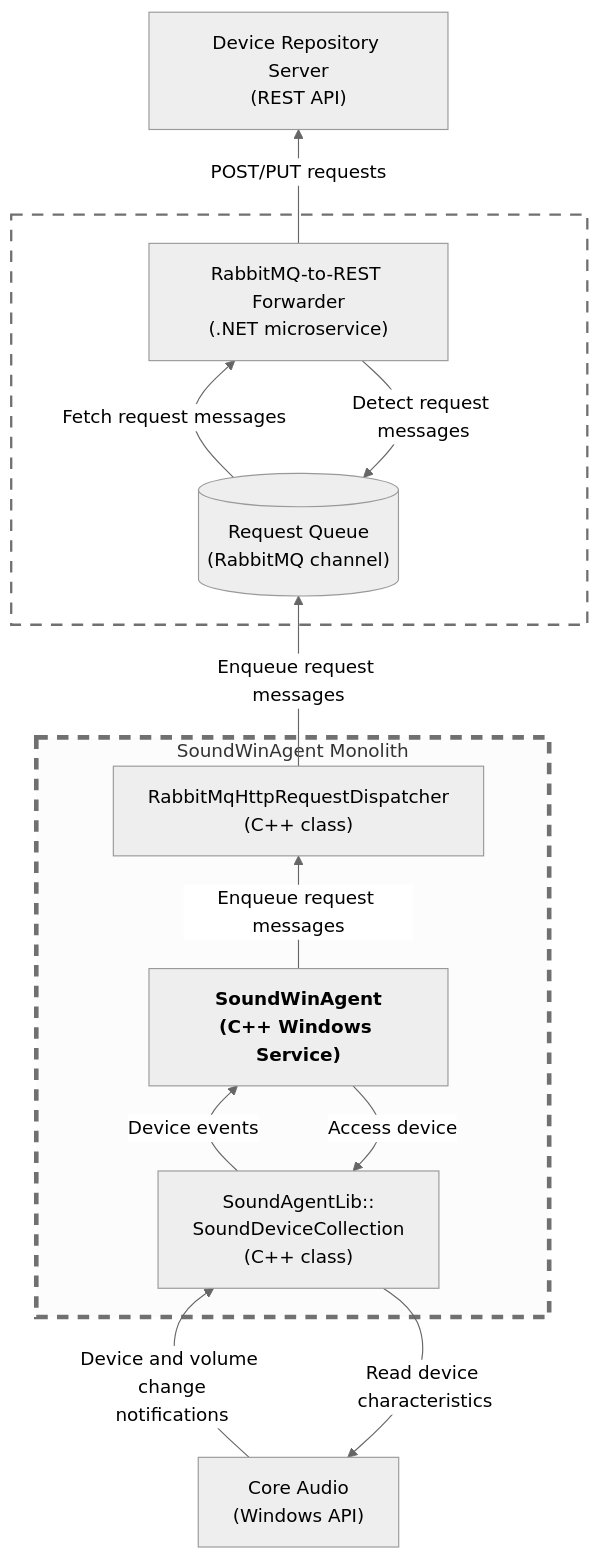
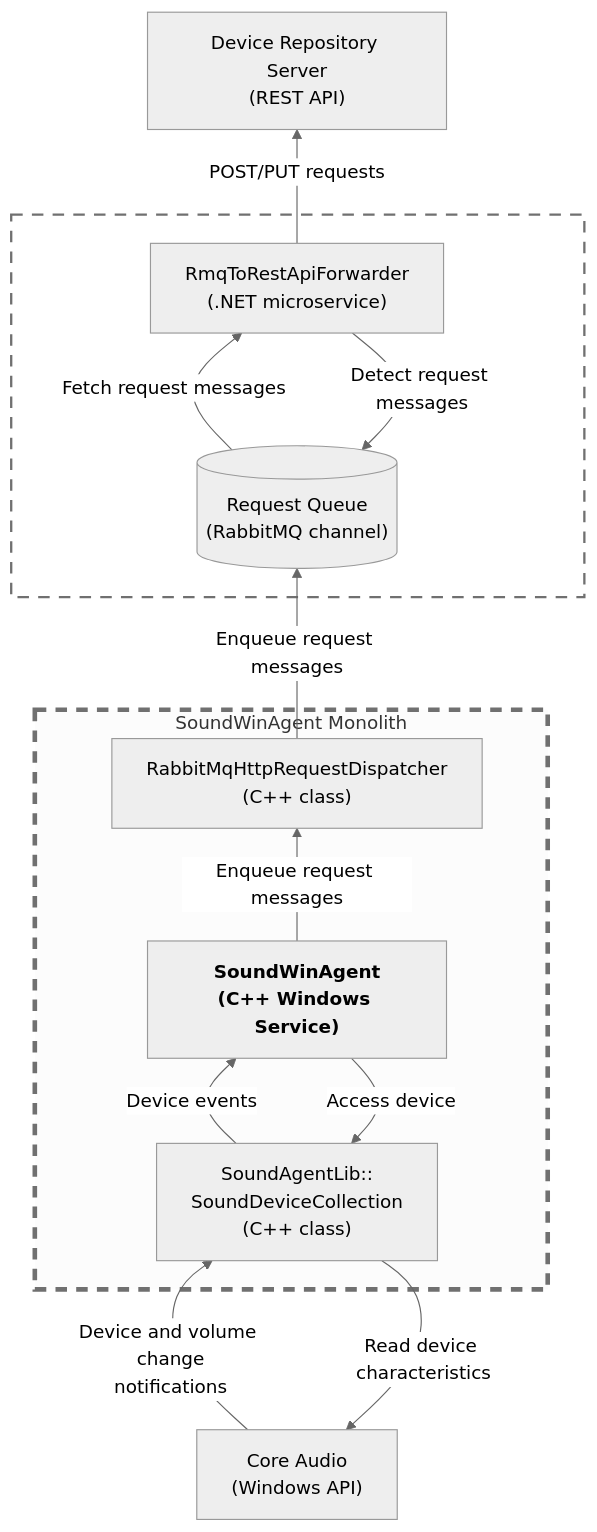
The diagram in docs/module-interaction02-pred01.mmd (collect-sound-devices/win-sound-scanner-go), drawn with Mermaid (neutral theme) before and after one commit.

Commit message:
Rename RabbitMQ-to-REST Forwarder to RmqToRestApiForwarder

```diff
--- a/docs/module-interaction02-pred01.mmd
+++ b/docs/module-interaction02-pred01.mmd
@@ -1,37 +1,37 @@
 flowchart BT
 
 classDef dottedBox fill:transparent, fill-opacity:0.55, stroke-dasharray:10 8, stroke-width:2px;
 classDef stressedBox fill:#f0f0f0, fill-opacity:0.2, stroke-dasharray:10 8, stroke-width:4px;
 
 coreAudioApi["Core Audio<br>(Windows API)"]
 
 subgraph soundWinAgentModule["SoundWinAgent Monolith"]
     soundDeviceCollection["SoundAgentLib::<br>SoundDeviceCollection<br>(C++ class)"]
     soundWinAgentService["<b>SoundWinAgent<br>(C++ Windows Service)</b>"]
     rabbitMqHttpRequestDispatcher["RabbitMqHttpRequestDispatcher<br>(C++ class)"]
 
     soundWinAgentService --> |Access device| soundDeviceCollection
     soundDeviceCollection --> |Device events| soundWinAgentService
 
     soundWinAgentService --> |Enqueue request messages| rabbitMqHttpRequestDispatcher
 end
 class soundWinAgentModule stressedBox
 
 coreAudioApi --> |Device and volume change<br>notifications| soundDeviceCollection
 soundDeviceCollection --> |Read device characteristics| coreAudioApi
 
 subgraph requestQueueMicroservice["<br>"]
     requestQueue[("Request Queue<br>(RabbitMQ channel)")]
-    rabbitMqRestForwarder["RabbitMQ-to-REST Forwarder<br>(.NET microservice)"]
+    rabbitMqRestForwarder["RmqToRestApiForwarder<br>(.NET microservice)"]
 end
 class requestQueueMicroservice dottedBox
 
 deviceRepositoryApi["Device Repository Server<br>(REST API)"]
 
 rabbitMqHttpRequestDispatcher --> |Enqueue request messages| requestQueue
 
 
 requestQueue --> |Fetch request messages| rabbitMqRestForwarder
 rabbitMqRestForwarder --> |Detect request messages| requestQueue
 
 rabbitMqRestForwarder --> |POST/PUT requests| deviceRepositoryApi
```
